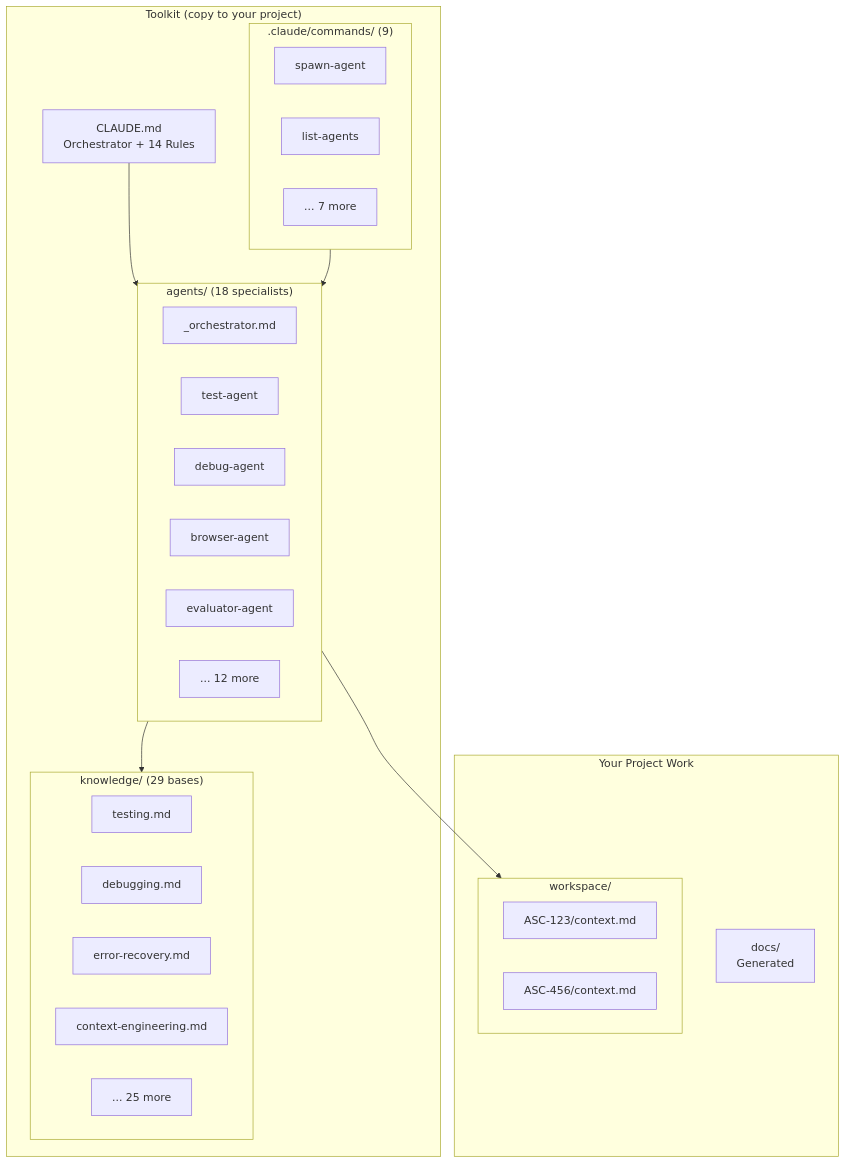
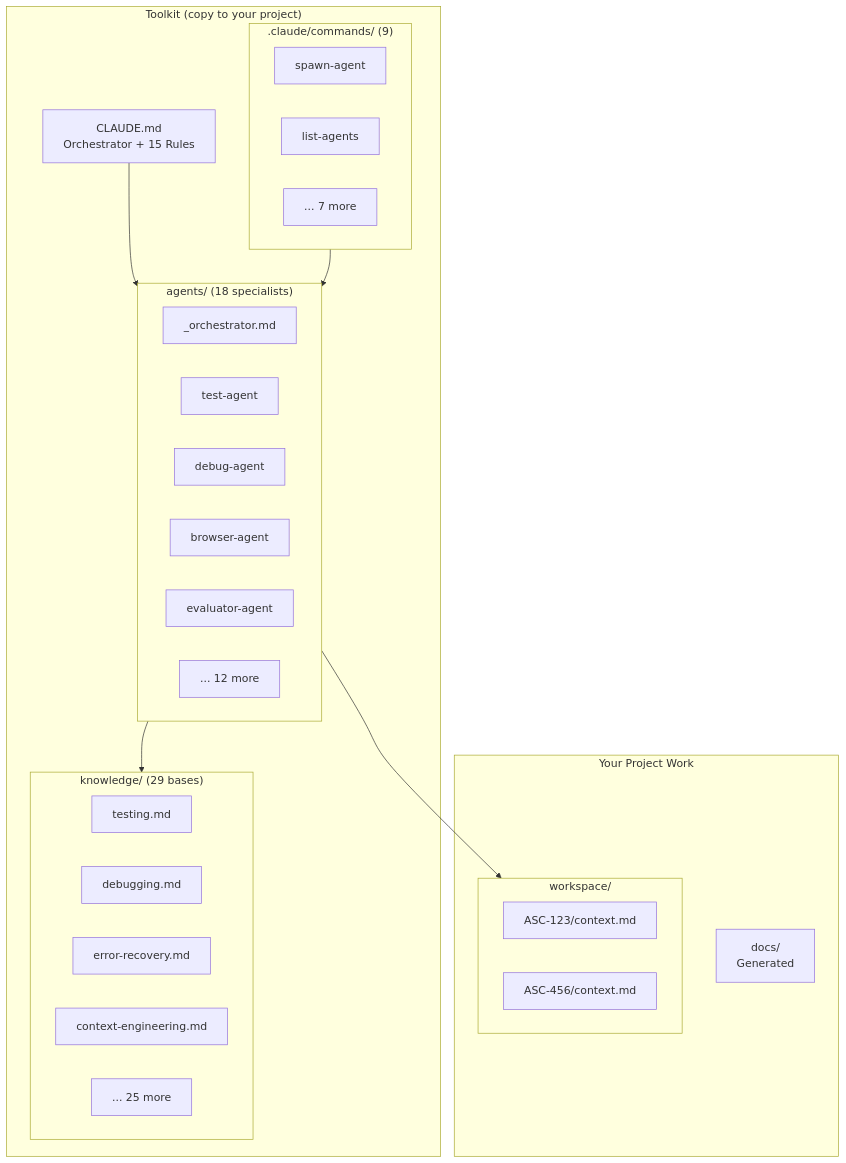
One commit to MikahNiehaus/ClaudeMemory changed the third of 13 diagrams in README.md. Above: the diagram before and after it, drawn with Mermaid. The commit also changed other lines of this file and 2 other files, not shown here.

````diff
--- a/README.md
+++ b/README.md
@@ -88,43 +88,43 @@
 ```mermaid
 flowchart TB
     subgraph Toolkit["Toolkit (copy to your project)"]
-        CLAUDE[CLAUDE.md<br/>Orchestrator + 14 Rules]
+        CLAUDE[CLAUDE.md<br/>Orchestrator + 15 Rules]
 
         subgraph Agents["agents/ (18 specialists)"]
             Orch[_orchestrator.md]
             Test[test-agent]
             Debug[debug-agent]
             Browser[browser-agent]
             Evaluator[evaluator-agent]
             More[... 12 more]
         end
 
         subgraph Knowledge["knowledge/ (29 bases)"]
             Testing[testing.md]
             Debugging[debugging.md]
             ErrorRecovery[error-recovery.md]
             ContextEng[context-engineering.md]
             MoreK[... 25 more]
         end
 
         subgraph Commands[".claude/commands/ (9)"]
             Spawn[spawn-agent]
             ListA[list-agents]
             MoreC[... 7 more]
         end
     end
 
     subgraph Project["Your Project Work"]
         subgraph Workspace["workspace/"]
             Task1[ASC-123/context.md]
             Task2[ASC-456/context.md]
         end
 
         Docs[docs/<br/>Generated]
     end
 
     CLAUDE --> Agents
     Agents --> Knowledge
     Agents --> Workspace
     Commands --> Agents
 ```
````
